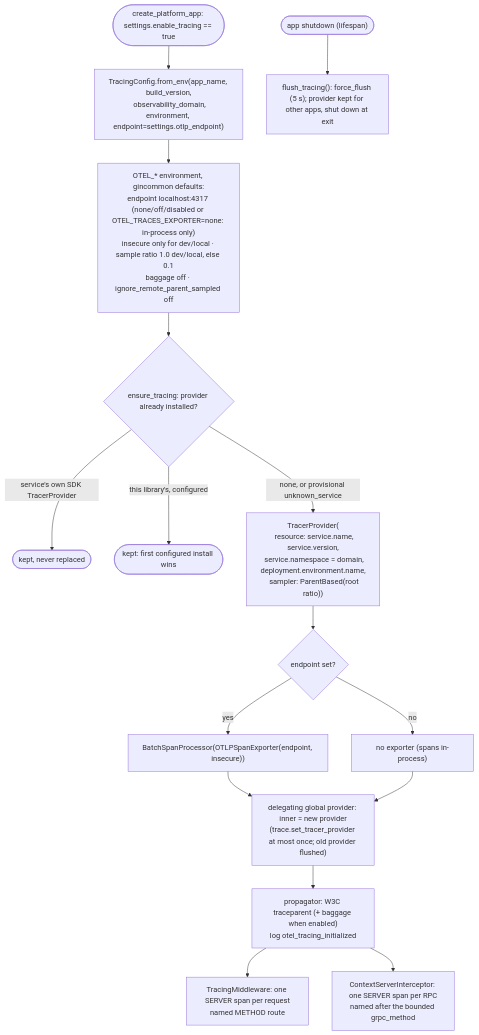
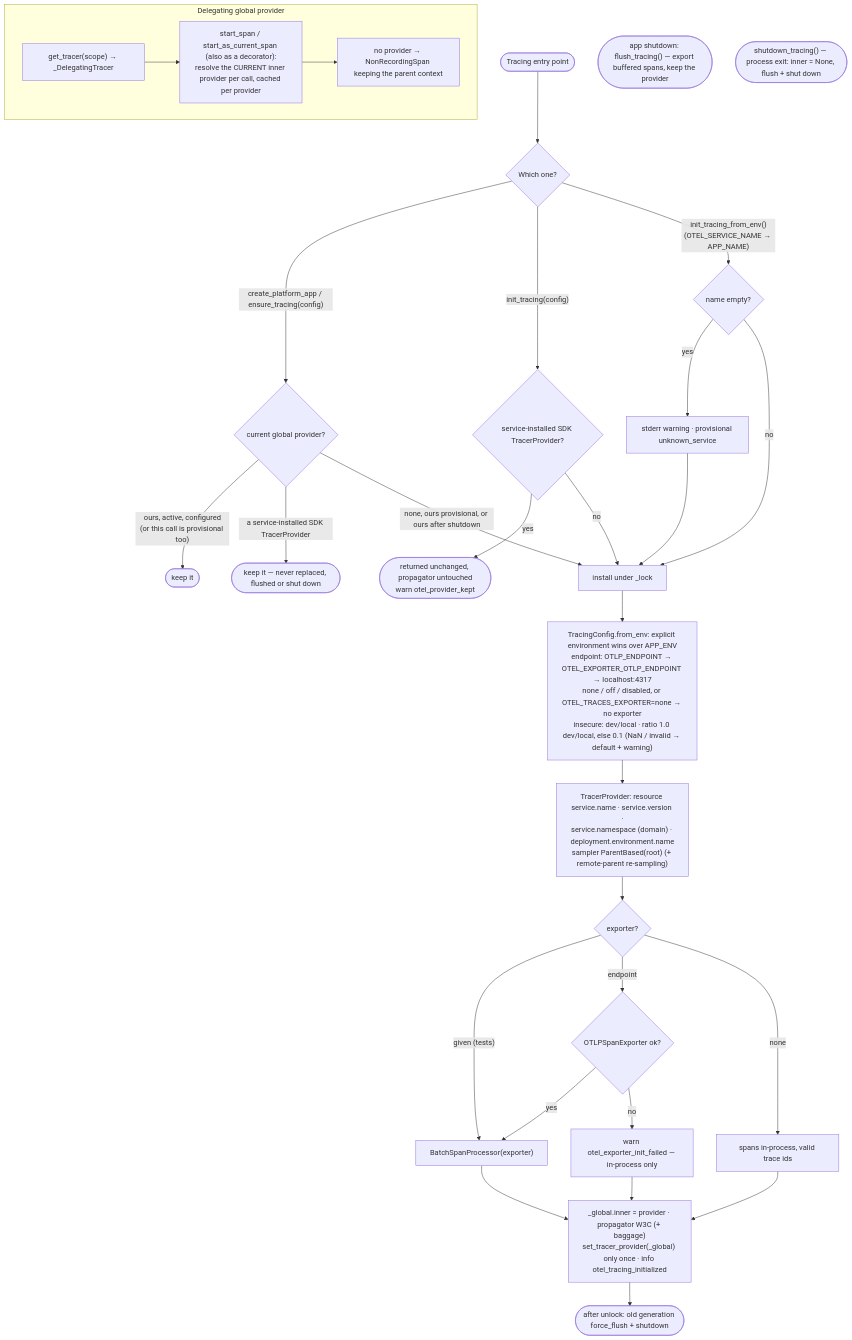
One commit to BCBP-SOLUTIONS-FZC-LLC/platform-fastapicommon changed the diagram in docs/architecture/mermaid/tracing-initialization.mmd. Above: the diagram before and after it, drawn with Mermaid. The commit also changed 29 other files, not shown here.

First line of the commit message:
docs: align README, ARCHITECTURE and policy docs with gincommon; add .claude

```diff
--- a/docs/architecture/mermaid/tracing-initialization.mmd
+++ b/docs/architecture/mermaid/tracing-initialization.mmd
@@ -1,16 +1,34 @@
 flowchart TD
-    A([create_platform_app: settings.enable_tracing == true]) --> B["TracingConfig.from_env(app_name, build_version,\n  observability_domain, environment, endpoint=settings.otlp_endpoint)"]
-    B --> C["OTEL_* environment, gincommon defaults:\nendpoint localhost:4317 (none/off/disabled or OTEL_TRACES_EXPORTER=none: in-process only)\ninsecure only for dev/local · sample ratio 1.0 dev/local, else 0.1\nbaggage off · ignore_remote_parent_sampled off"]
-    C --> D{ensure_tracing: provider already installed?}
-    D -- "service's own SDK TracerProvider" --> K([kept, never replaced])
-    D -- "this library's, configured" --> K2([kept: first configured install wins])
-    D -- "none, or provisional unknown_service" --> E["TracerProvider(\n  resource: service.name, service.version,\n  service.namespace = domain, deployment.environment.name,\n  sampler: ParentBased(root ratio))"]
-    E --> F{endpoint set?}
-    F -- yes --> G["BatchSpanProcessor(OTLPSpanExporter(endpoint, insecure))"]
-    F -- no --> H["no exporter (spans in-process)"]
-    G --> I["delegating global provider: inner = new provider\n(trace.set_tracer_provider at most once; old provider flushed)"]
-    H --> I
-    I --> J["propagator: W3C traceparent (+ baggage when enabled)\nlog otel_tracing_initialized"]
-    J --> L["TracingMiddleware: one SERVER span per request\nnamed METHOD route"]
-    J --> M["ContextServerInterceptor: one SERVER span per RPC\nnamed after the bounded grpc_method"]
-    N(["app shutdown (lifespan)"]) --> O["flush_tracing(): force_flush (5 s); provider kept for other apps, shut down at exit"]
+    A(["Tracing entry point"]) --> B{"Which one?"}
+    B -- "create_platform_app / ensure_tracing(config)" --> E{"current global provider?"}
+    E -- "ours, active, configured<br/>(or this call is provisional too)" --> KEEP(["keep it"])
+    E -- "a service-installed SDK TracerProvider" --> KEEP2(["keep it — never replaced, flushed or shut down"])
+    E -- "none, ours provisional, or ours after shutdown" --> INST
+    B -- "init_tracing(config)" --> I2{"service-installed SDK TracerProvider?"}
+    I2 -- yes --> KEPT(["returned unchanged, propagator untouched<br/>warn otel_provider_kept"])
+    I2 -- no --> INST
+    B -- "init_tracing_from_env()<br/>(OTEL_SERVICE_NAME → APP_NAME)" --> P{"name empty?"}
+    P -- yes --> PROV["stderr warning · provisional unknown_service"] --> INST
+    P -- no --> INST
+
+    INST["install under _lock"] --> CFG["TracingConfig.from_env: explicit environment wins over APP_ENV<br/>endpoint: OTLP_ENDPOINT → OTEL_EXPORTER_OTLP_ENDPOINT → localhost:4317<br/>none / off / disabled, or OTEL_TRACES_EXPORTER=none → no exporter<br/>insecure: dev/local · ratio 1.0 dev/local, else 0.1 (NaN / invalid → default + warning)"]
+    CFG --> TP["TracerProvider: resource service.name · service.version ·<br/>service.namespace (domain) · deployment.environment.name<br/>sampler ParentBased(root) (+ remote-parent re-sampling)"]
+    TP --> X{"exporter?"}
+    X -- "given (tests)" --> BSP["BatchSpanProcessor(exporter)"]
+    X -- "endpoint" --> OTLP{"OTLPSpanExporter ok?"}
+    OTLP -- yes --> BSP
+    OTLP -- no --> FAIL["warn otel_exporter_init_failed — in-process only"]
+    X -- "none" --> NOEXP["spans in-process, valid trace ids"]
+    BSP --> SWAP
+    FAIL --> SWAP
+    NOEXP --> SWAP
+    SWAP["_global.inner = provider · propagator W3C (+ baggage)<br/>set_tracer_provider(_global) only once · info otel_tracing_initialized"]
+    SWAP --> OLD(["after unlock: old generation force_flush + shutdown"])
+
+    subgraph deleg["Delegating global provider"]
+        D1["get_tracer(scope) → _DelegatingTracer"] --> D2["start_span / start_as_current_span (also as a decorator):<br/>resolve the CURRENT inner provider per call, cached per provider"]
+        D2 --> D3["no provider → NonRecordingSpan keeping the parent context"]
+    end
+
+    FL(["app shutdown: flush_tracing() — export buffered spans, keep the provider"])
+    SD(["shutdown_tracing() — process exit: inner = None, flush + shut down"])
```
